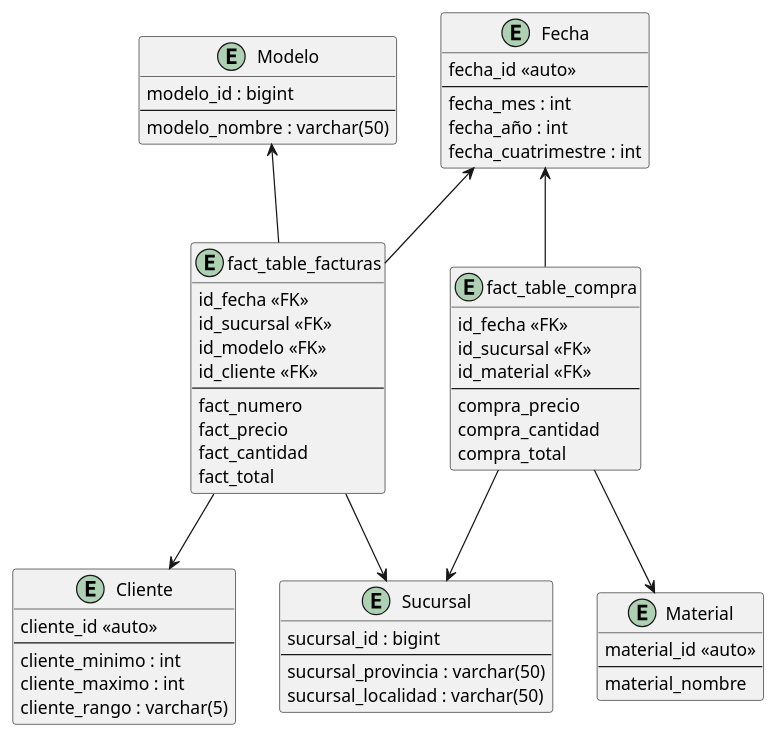
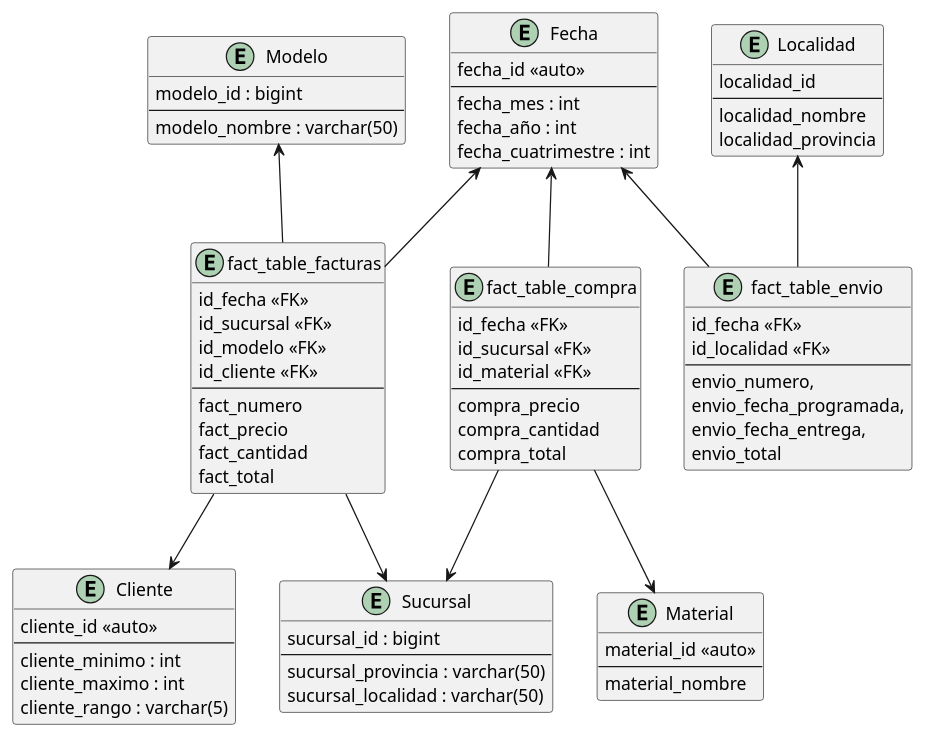
Before and after one commit to JuanManuelRama/BasesDeDatos: the diagram in BI.puml, drawn with PlantUML.

Commit message:
actualizo DER de modelo BI con fact_table_envio y dimension localidad

```diff
--- a/BI.puml
+++ b/BI.puml
@@ -1,73 +1,91 @@
 @startuml BI
 hide methods
 
 entity Sucursal {
     sucursal_id : bigint
     --
     sucursal_provincia : varchar(50)
     sucursal_localidad : varchar(50)
 }
 
 entity Cliente {
     cliente_id <<auto>>
     --
     cliente_minimo : int
     cliente_maximo : int
     cliente_rango : varchar(5)
 }
 
 entity Modelo {
     modelo_id : bigint
     --
     modelo_nombre : varchar(50)
 }
 
 entity Fecha {
     fecha_id <<auto>>
     --
     fecha_mes : int
     fecha_año : int
     fecha_cuatrimestre : int
 }
 
 entity Material {
     material_id <<auto>>
     --
     material_nombre
 }
 
+entity Localidad {
+    localidad_id
+    --
+    localidad_nombre
+    localidad_provincia
+}
+
 entity fact_table_facturas {
     id_fecha <<FK>>
     id_sucursal <<FK>>
     id_modelo <<FK>>
     id_cliente <<FK>>
     --
     fact_numero
     fact_precio
     fact_cantidad
     fact_total
 }
 
 entity fact_table_compra {
     id_fecha <<FK>>
     id_sucursal <<FK>>
     id_material <<FK>>
     --
     compra_precio
     compra_cantidad
     compra_total
 }
 
+entity fact_table_envio {
+    id_fecha <<FK>>
+    id_localidad <<FK>>
+    --
+	envio_numero,
+	envio_fecha_programada,
+	envio_fecha_entrega,
+	envio_total 
+}
+
+
 fact_table_facturas --> Cliente
 fact_table_facturas --> Sucursal
 Fecha <-- fact_table_facturas
 Modelo <-- fact_table_facturas
 
 Fecha <-- fact_table_compra
 fact_table_compra --> Sucursal
 fact_table_compra --> Material
 
-
-
+Fecha <-- fact_table_envio
+Localidad <-- fact_table_envio
 
 @enduml
```
